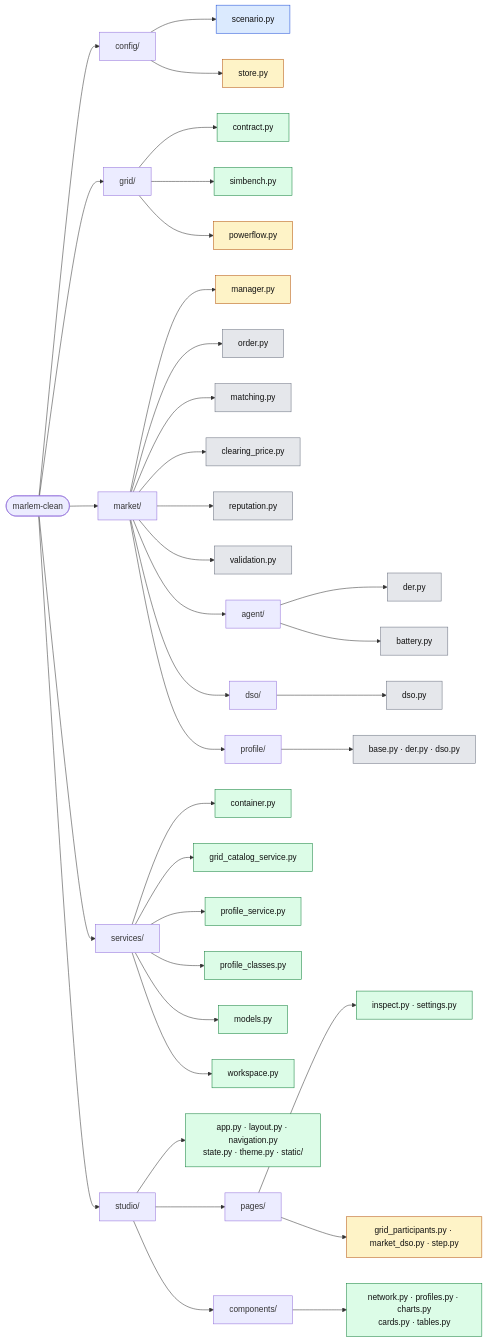
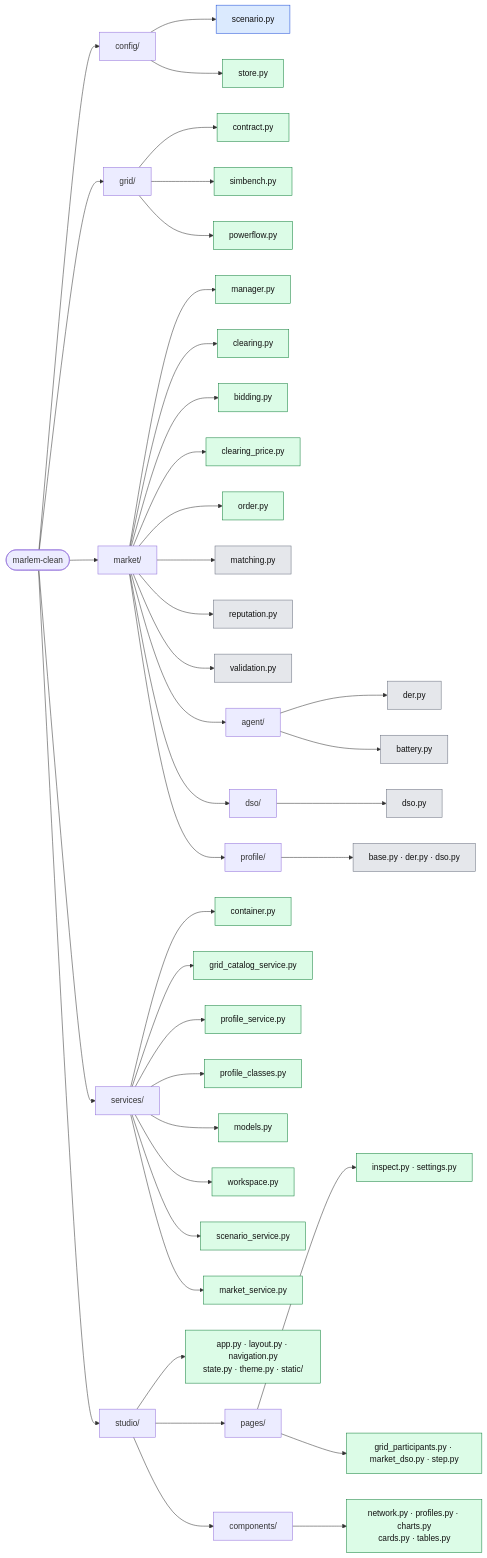
The diagram in docs/structure.md (KevinRapo/P2P-thesis), drawn with Mermaid before and after one commit. The commit also changed other lines of this file, not shown here.

First line of the commit message:
docs: code structure after the first working market step

````diff
--- a/docs/structure.md
+++ b/docs/structure.md
@@ -11,49 +11,53 @@
 ```mermaid
 flowchart LR
   root(["marlem-clean"])
 
   root --> config["config/"]
   config --> c1["scenario.py"]:::data
-  config --> c2["store.py"]:::stub
+  config --> c2["store.py"]:::done
 
   root --> grid["grid/"]
   grid --> g1["contract.py"]:::done
   grid --> g2["simbench.py"]:::done
-  grid --> g3["powerflow.py"]:::stub
+  grid --> g3["powerflow.py"]:::done
 
   root --> market["market/"]
-  market --> m1["manager.py"]:::stub
-  market --> m2["order.py"]:::orig
+  market --> m1["manager.py"]:::done
+  market --> m7["clearing.py"]:::done
+  market --> m8["bidding.py"]:::done
+  market --> m4["clearing_price.py"]:::done
+  market --> m2["order.py"]:::done
   market --> m3["matching.py"]:::orig
-  market --> m4["clearing_price.py"]:::orig
   market --> m5["reputation.py"]:::orig
   market --> m6["validation.py"]:::orig
   market --> agent["agent/"]
   agent --> a1["der.py"]:::orig
   agent --> a2["battery.py"]:::orig
   market --> dso["dso/"]
   dso --> d1["dso.py"]:::orig
   market --> profile["profile/"]
   profile --> p1["base.py · der.py · dso.py"]:::orig
 
   root --> services["services/"]
   services --> v1["container.py"]:::done
   services --> v2["grid_catalog_service.py"]:::done
   services --> v3["profile_service.py"]:::done
   services --> v4["profile_classes.py"]:::done
   services --> v5["models.py"]:::done
   services --> v6["workspace.py"]:::done
+  services --> v7["scenario_service.py"]:::done
+  services --> v8["market_service.py"]:::done
 
   root --> studio["studio/"]
   studio --> t1["app.py · layout.py · navigation.py<br/>state.py · theme.py · static/"]:::done
   studio --> pages["pages/"]
   pages --> pg1["inspect.py · settings.py"]:::done
-  pages --> pg2["grid_participants.py · market_dso.py · step.py"]:::stub
+  pages --> pg2["grid_participants.py · market_dso.py · step.py"]:::done
   studio --> comps["components/"]
   comps --> k1["network.py · profiles.py · charts.py<br/>cards.py · tables.py"]:::done
 
   classDef done fill:#dcfce7,stroke:#15803d,color:#111
   classDef data fill:#dbeafe,stroke:#1d4ed8,color:#111
   classDef stub fill:#fef3c7,stroke:#b45309,color:#111
   classDef orig fill:#e5e7eb,stroke:#6b7280,color:#111
 ```
````
